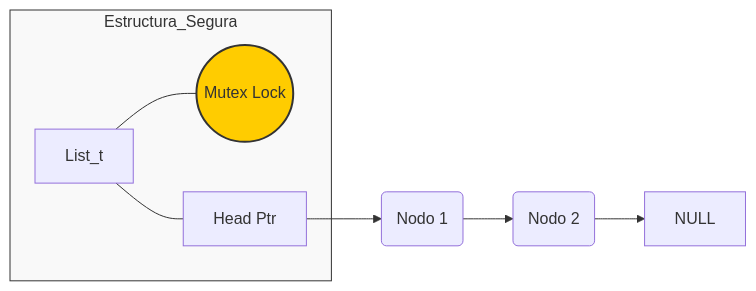
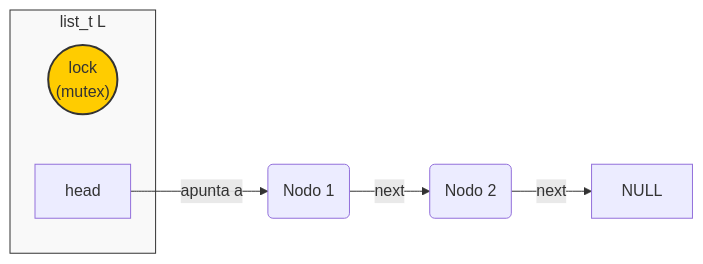
Before and after one commit to udea-so/apuntes_2026-2_SO-virtual: the first of 2 diagrams in clase_16/code/lists/con_locks/README.md, drawn with Mermaid. The commit also changed other lines of this file and 3 other files, not shown here.

````diff
--- a/clase_16/code/lists/con_locks/README.md
+++ b/clase_16/code/lists/con_locks/README.md
@@ -31,18 +42,15 @@
 ```mermaid
+%%{init: {"themeVariables": {"fontFamily": "Arial, Helvetica, sans-serif"}}}%%
 graph LR
-    subgraph Estructura_Segura
-        L[List_t]
-        Lock((Mutex Lock))
-        Head[Head Ptr]
+    subgraph L["list_t L"]
+        Lock(("lock<br/>(mutex)"))
+        Head["head"]
     end
-    
-    L --- Lock
-    L --- Head
-    
-    Head --> N1(Nodo 1)
-    N1 --> N2(Nodo 2)
-    N2 --> NULL
-    
+
+    Head -->|apunta a| N1("Nodo 1")
+    N1 -->|next| N2("Nodo 2")
+    N2 -->|next| NULL["NULL"]
+
     style Lock fill:#ffcc00,stroke:#333,stroke-width:2px
-    style Estructura_Segura fill:#f9f9f9,stroke:#333
+    style L fill:#f9f9f9,stroke:#333
 ```
````
